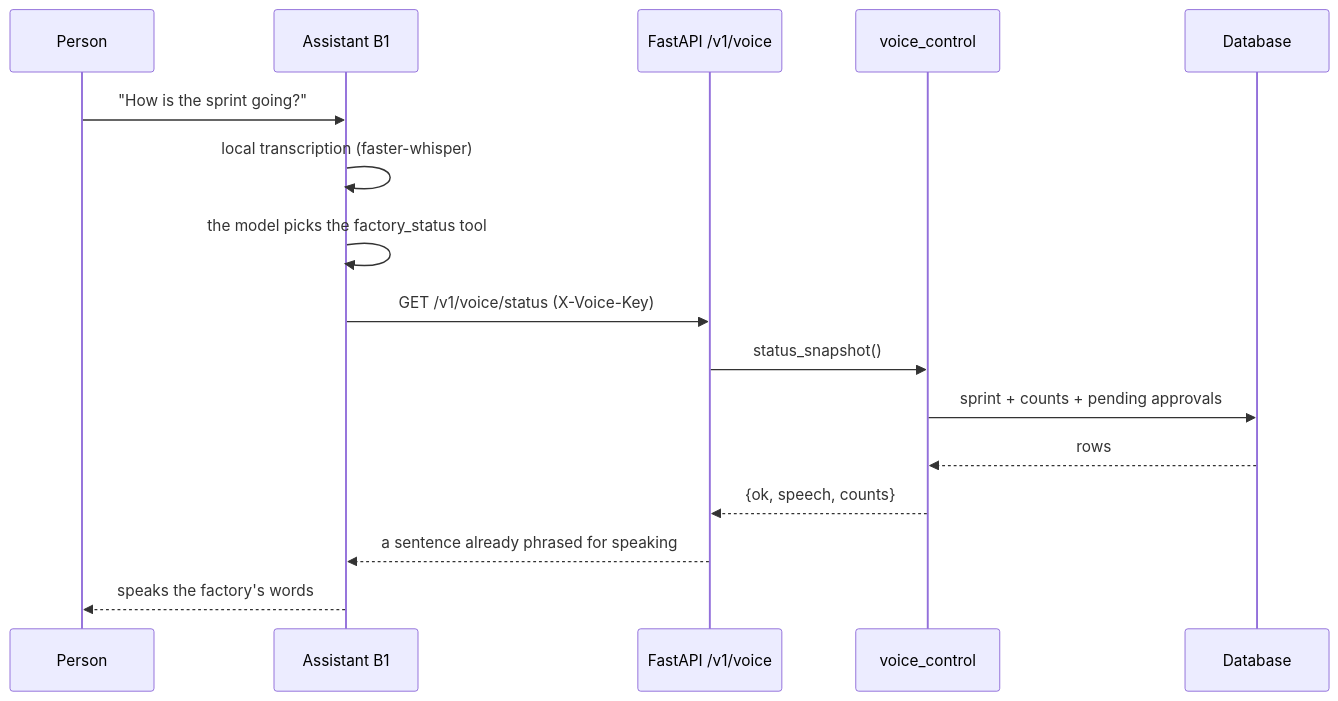
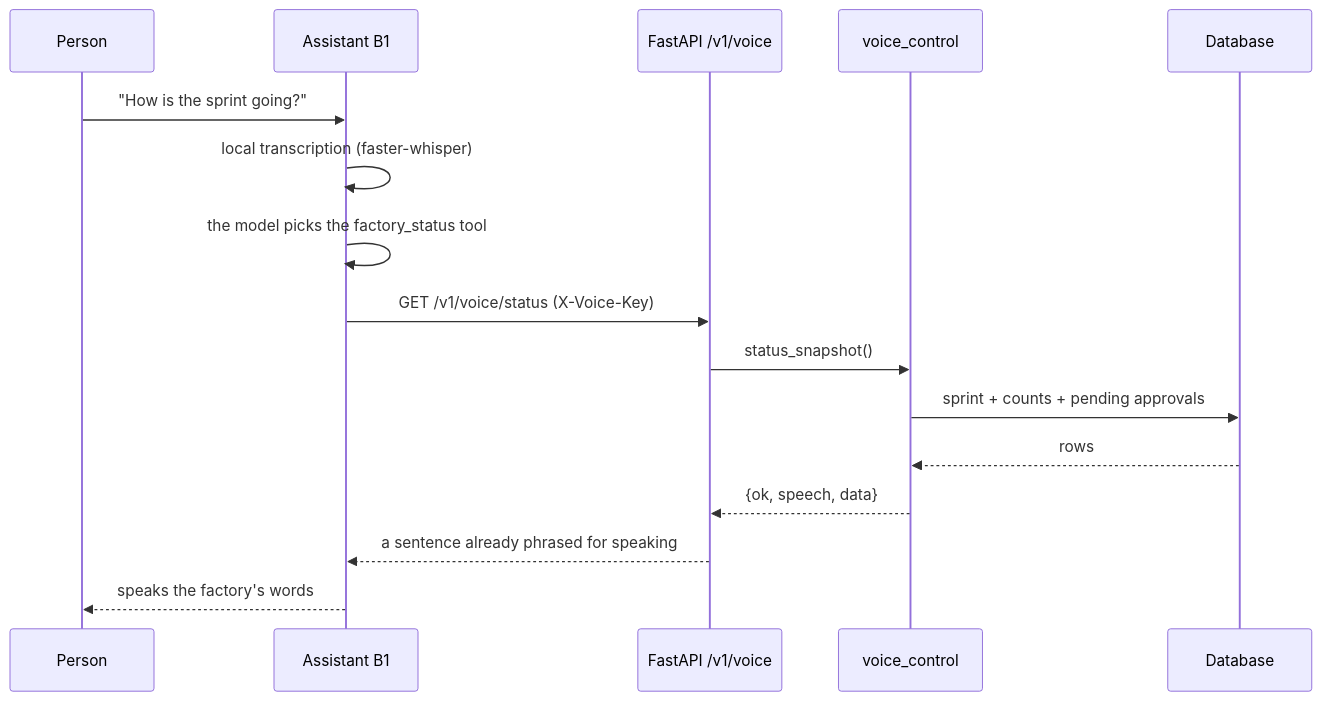
Before and after one commit to careb36/la-fabrique: the second of 2 diagrams in README.md, drawn with Mermaid. The commit also changed other lines of this file and 1 other file, not shown here.

First line of the commit message:
README: API real, solución de problemas y contribución

````diff
--- a/README.md
+++ b/README.md
@@ -127,19 +130,19 @@
 ```mermaid
 sequenceDiagram
     participant P as Person
     participant B1 as Assistant B1
     participant API as FastAPI /v1/voice
     participant C as voice_control
     participant DB as Database
 
     P->>B1: "How is the sprint going?"
     B1->>B1: local transcription (faster-whisper)
     B1->>B1: the model picks the factory_status tool
     B1->>API: GET /v1/voice/status (X-Voice-Key)
     API->>C: status_snapshot()
     C->>DB: sprint + counts + pending approvals
     DB-->>C: rows
-    C-->>API: {ok, speech, counts}
+    C-->>API: {ok, speech, data}
     API-->>B1: a sentence already phrased for speaking
     B1-->>P: speaks the factory's words
 ```
````
